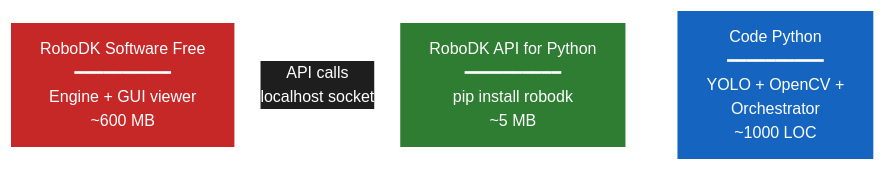
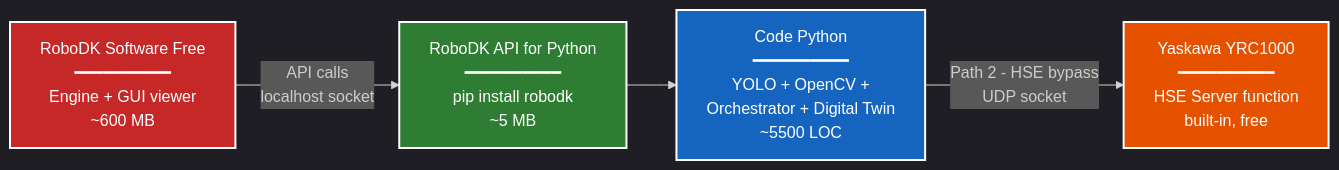
Before and after one commit to manhhv87/DTwinGP7: the first of 10 diagrams in docs/phat_bieu_bai_toan_v3_2_HD.md, drawn with Mermaid. The commit also changed other lines of this file and 37 other files, not shown here.

First line of the commit message:
feat: Level-4 bidirectional digital twin + HSE backend bypass

````diff
--- a/docs/phat_bieu_bai_toan_v3_2_HD.md
+++ b/docs/phat_bieu_bai_toan_v3_2_HD.md
@@ -25,10 +33,12 @@
 ```mermaid
-%%{init: {'theme':'base', 'themeVariables': {'fontSize':'16px','primaryColor':'#1565C0','primaryTextColor':'#fff','primaryBorderColor':'#fff','lineColor':'#fff','secondaryColor':'#2E7D32','tertiaryColor':'#C62828','background':'#1e1e1e','mainBkg':'#1e1e1e','secondBkg':'#252525','clusterBkg':'#2d2d2d','clusterBorder':'#fff','edgeLabelBackground':'#1e1e1e','textColor':'#fff'}}}%%
+%%{init: {'theme':'dark'}}%%
 graph LR
     A[RoboDK Software Free<br/>━━━━━━━━━━<br/>Engine + GUI viewer<br/>~600 MB] -->|API calls<br/>localhost socket| B[RoboDK API for Python<br/>━━━━━━━━━━<br/>pip install robodk<br/>~5 MB]
-    B --> C[Code Python<br/>━━━━━━━━━━<br/>YOLO + OpenCV +<br/>Orchestrator<br/>~1000 LOC]
+    B --> C[Code Python<br/>━━━━━━━━━━<br/>YOLO + OpenCV +<br/>Orchestrator + Digital Twin<br/>~5500 LOC]
+    C -->|Path 2 - HSE bypass<br/>UDP socket| D[Yaskawa YRC1000<br/>━━━━━━━━━━<br/>HSE Server function<br/>built-in, free]
 
     style A fill:#C62828,stroke:#fff,stroke-width:2px,color:#fff
     style B fill:#2E7D32,stroke:#fff,stroke-width:2px,color:#fff
     style C fill:#1565C0,stroke:#fff,stroke-width:2px,color:#fff
+    style D fill:#E65100,stroke:#fff,stroke-width:2px,color:#fff
 ```
````
